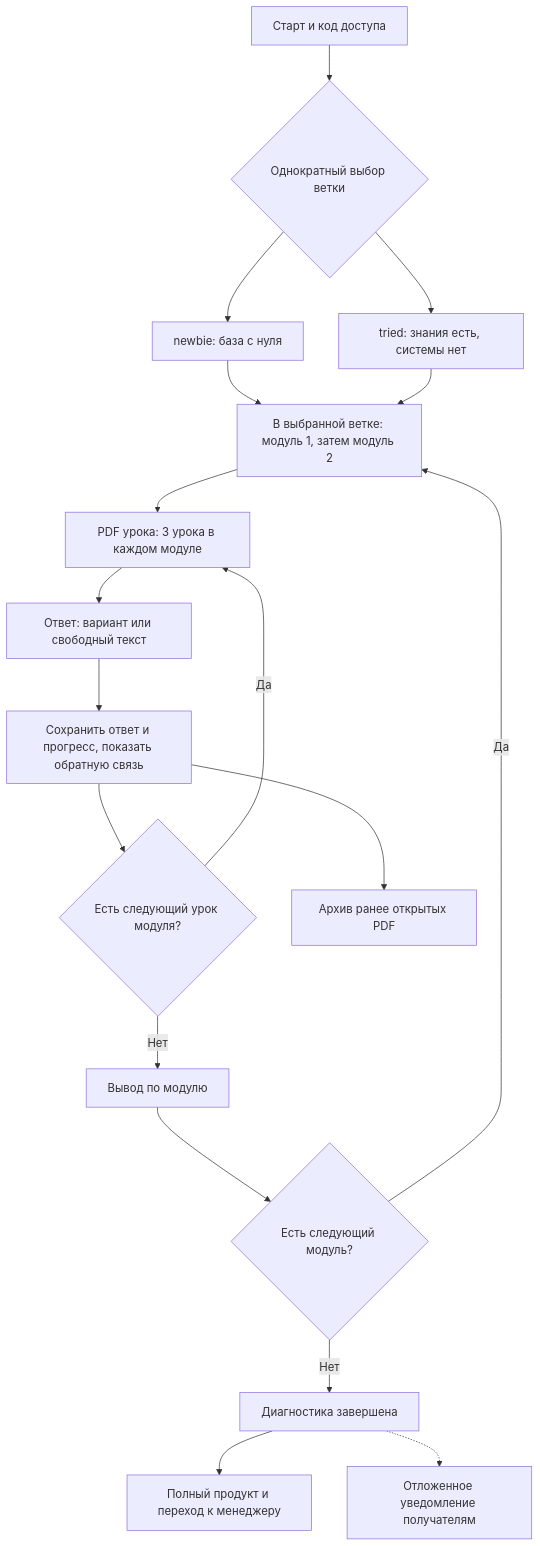
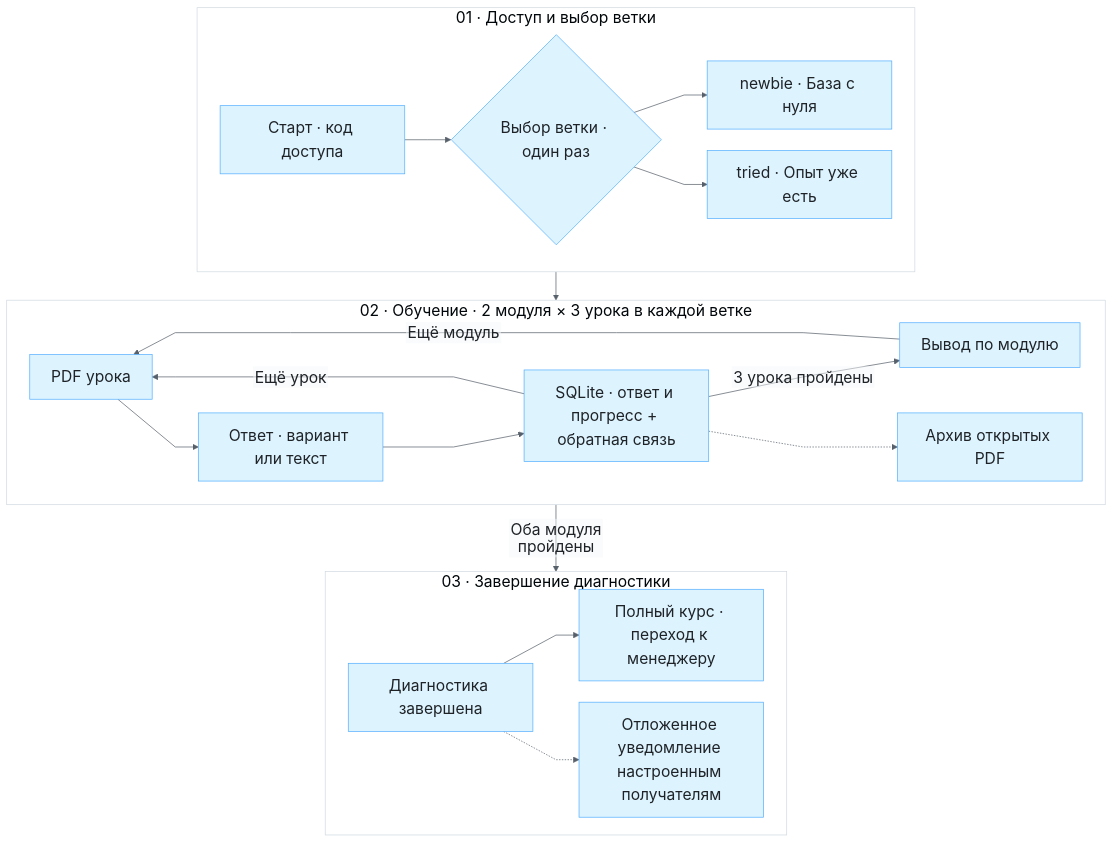
Before and after one commit to EugeneCodeCeo/learn-and-earn-case-studies: the diagram in free-bot/architecture/user-flow.mmd, drawn with Mermaid. The commit also changed 4 other files, not shown here.

Commit message:
docs: improve Free Bot architecture diagrams

```diff
--- a/free-bot/architecture/user-flow.mmd
+++ b/free-bot/architecture/user-flow.mmd
@@ -1,18 +1,24 @@
-flowchart TD
-    Start["Старт и код доступа"] --> Choice{"Однократный выбор ветки"}
-    Choice --> A["newbie: база с нуля"]
-    Choice --> B["tried: знания есть, системы нет"]
-    A --> M["В выбранной ветке: модуль 1, затем модуль 2"]
-    B --> M
-    M --> PDF["PDF урока: 3 урока в каждом модуле"]
-    PDF --> Answer["Ответ: вариант или свободный текст"]
-    Answer --> Save["Сохранить ответ и прогресс, показать обратную связь"]
-    Save --> More{"Есть следующий урок модуля?"}
-    More -->|"Да"| PDF
-    More -->|"Нет"| Summary["Вывод по модулю"]
-    Summary --> Next{"Есть следующий модуль?"}
-    Next -->|"Да"| M
-    Next -->|"Нет"| Finish["Диагностика завершена"]
-    Finish --> Offer["Полный продукт и переход к менеджеру"]
-    Finish -.-> Notify["Отложенное уведомление получателям"]
-    Save --> Archive["Архив ранее открытых PDF"]
+%%{init: {"theme":"base","themeVariables":{"fontFamily":"Segoe UI, Arial, sans-serif","fontSize":"22px","primaryColor":"#ddf4ff","primaryTextColor":"#1f2328","primaryBorderColor":"#54aeff","lineColor":"#57606a","clusterBkg":"#ffffff","clusterBorder":"#d1d9e0","edgeLabelBackground":"#f6f8fa"},"flowchart":{"htmlLabels":false,"curve":"linear","nodeSpacing":30,"rankSpacing":40}}}%%
+flowchart TB
+    subgraph access["01 · Доступ и выбор ветки"]
+        direction LR
+        Start["Старт · код доступа"] --> Choice{"Выбор ветки · один раз"}
+        Choice --> A["newbie · База с нуля"]
+        Choice --> B["tried · Опыт уже есть"]
+    end
+    access --> learn
+    subgraph learn["02 · Обучение · 2 модуля × 3 урока в каждой ветке"]
+        direction LR
+        PDF["PDF урока"] --> Answer["Ответ · вариант или текст"]
+        Answer --> Save["SQLite · ответ и прогресс + обратная связь"]
+        Save -->|"Ещё урок"| PDF
+        Save -->|"3 урока пройдены"| Summary["Вывод по модулю"]
+        Summary -->|"Ещё модуль"| PDF
+        Save -.-> Archive["Архив открытых PDF"]
+    end
+    learn -->|"Оба модуля пройдены"| completion
+    subgraph completion["03 · Завершение диагностики"]
+        direction LR
+        Finish["Диагностика завершена"] --> Offer["Полный курс · переход к менеджеру"]
+        Finish -.-> Notify["Отложенное уведомление настроенным получателям"]
+    end
```
